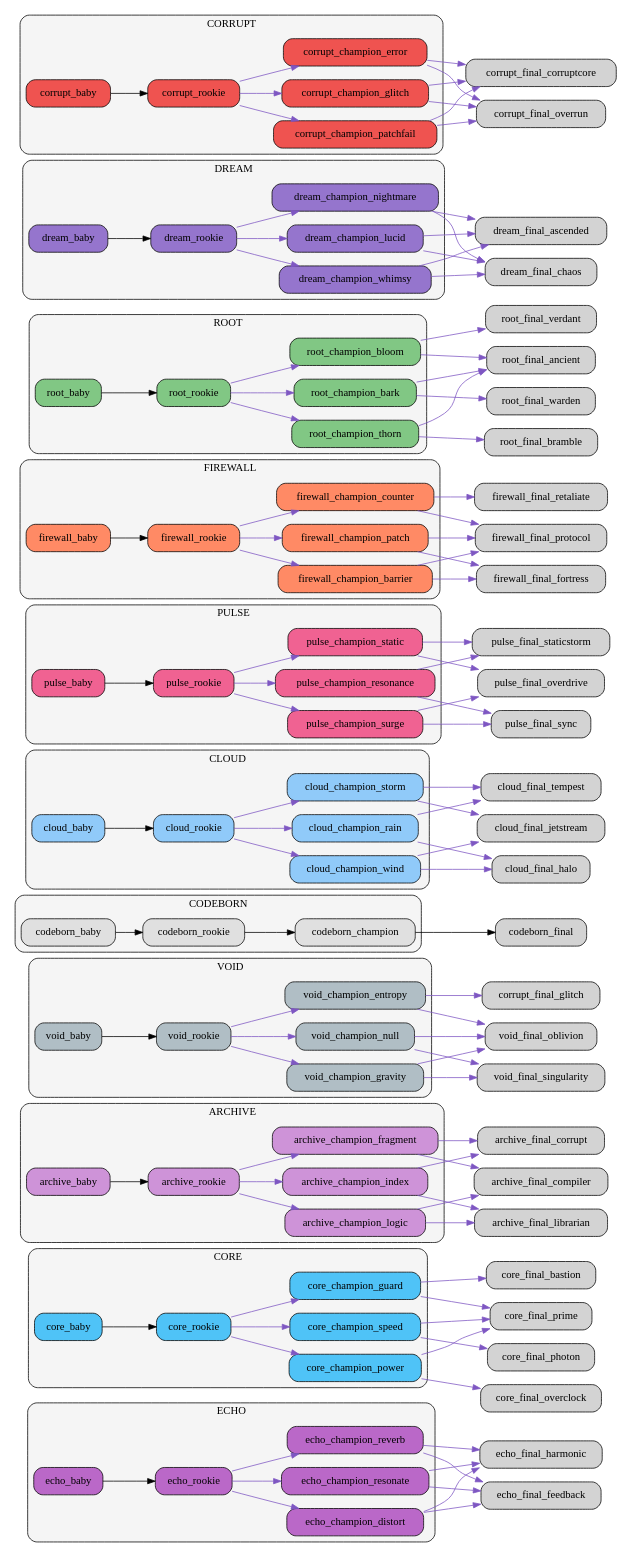
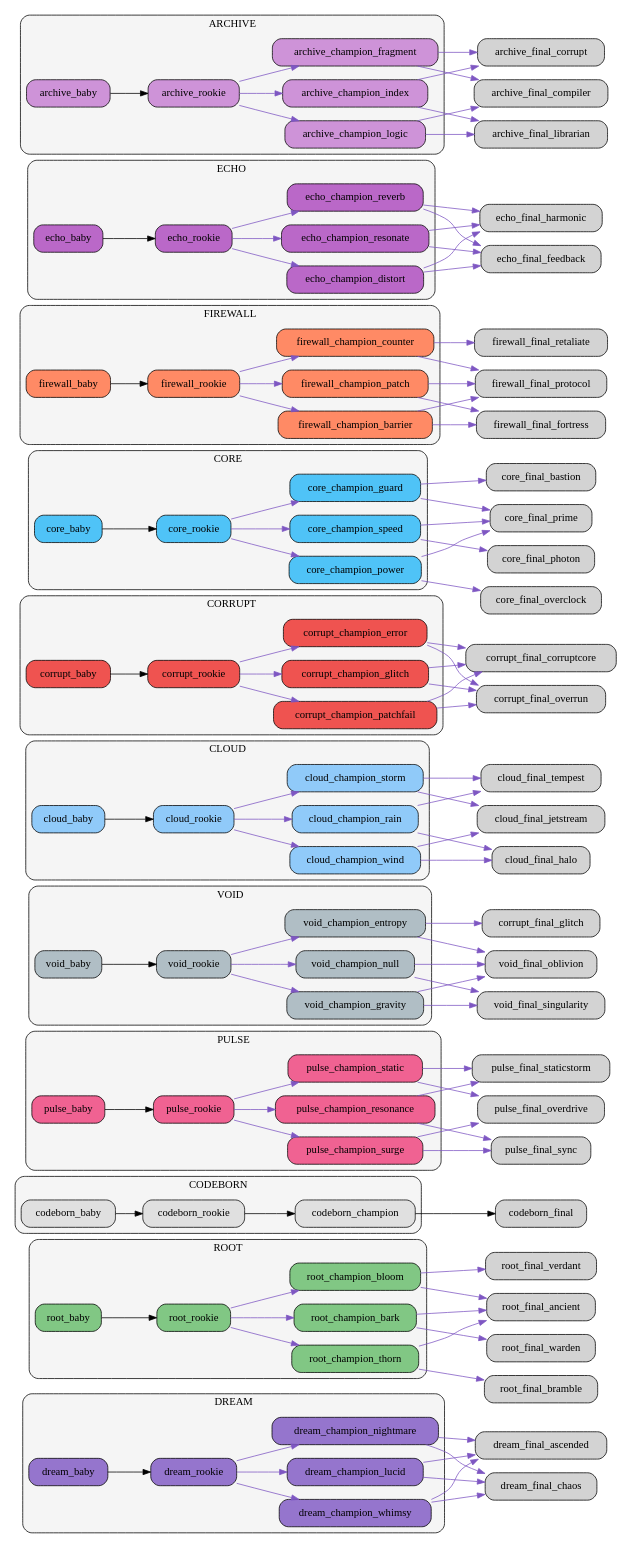
The diagram in src/netgrid/systems/evolution/graphs/clusters/evolution_clusters.dot (bwlight/NetGrid), drawn with Graphviz before and after one commit. The commit also changed other lines of this file and 8 other files, not shown here.

Commit message:
Auto-update evolution graphs

```diff
--- a/src/netgrid/systems/evolution/graphs/clusters/evolution_clusters.dot
+++ b/src/netgrid/systems/evolution/graphs/clusters/evolution_clusters.dot
@@ -1,14 +1,66 @@
 digraph EvolutionTree {
   rankdir=LR;
   node [shape=box, style="rounded,filled"];
-  subgraph cluster_echo {
-    label="ECHO";
+  subgraph cluster_dream {
+    label="DREAM";
     style="rounded,filled"; fillcolor="#f5f5f5";
-    "echo_baby" [fillcolor="#ba68c8"];
-    "echo_rookie" [fillcolor="#ba68c8"];
-    "echo_champion_resonate" [fillcolor="#ba68c8"];
-    "echo_champion_reverb" [fillcolor="#ba68c8"];
-    "echo_champion_distort" [fillcolor="#ba68c8"];
+    "dream_baby" [fillcolor="#9575cd"];
+    "dream_rookie" [fillcolor="#9575cd"];
+    "dream_champion_lucid" [fillcolor="#9575cd"];
+    "dream_champion_nightmare" [fillcolor="#9575cd"];
+    "dream_champion_whimsy" [fillcolor="#9575cd"];
+  }
+  subgraph cluster_root {
+    label="ROOT";
+    style="rounded,filled"; fillcolor="#f5f5f5";
+    "root_baby" [fillcolor="#81c784"];
+    "root_rookie" [fillcolor="#81c784"];
+    "root_champion_thorn" [fillcolor="#81c784"];
+    "root_champion_bloom" [fillcolor="#81c784"];
+    "root_champion_bark" [fillcolor="#81c784"];
+  }
+  subgraph cluster_codeborn {
+    label="CODEBORN";
+    style="rounded,filled"; fillcolor="#f5f5f5";
+    "codeborn_baby" [fillcolor="#e0e0e0"];
+    "codeborn_rookie" [fillcolor="#e0e0e0"];
+    "codeborn_champion" [fillcolor="#e0e0e0"];
+  }
+  subgraph cluster_pulse {
+    label="PULSE";
+    style="rounded,filled"; fillcolor="#f5f5f5";
+    "pulse_baby" [fillcolor="#f06292"];
+    "pulse_rookie" [fillcolor="#f06292"];
+    "pulse_champion_surge" [fillcolor="#f06292"];
+    "pulse_champion_resonance" [fillcolor="#f06292"];
+    "pulse_champion_static" [fillcolor="#f06292"];
+  }
+  subgraph cluster_void {
+    label="VOID";
+    style="rounded,filled"; fillcolor="#f5f5f5";
+    "void_baby" [fillcolor="#b0bec5"];
+    "void_rookie" [fillcolor="#b0bec5"];
+    "void_champion_entropy" [fillcolor="#b0bec5"];
+    "void_champion_gravity" [fillcolor="#b0bec5"];
+    "void_champion_null" [fillcolor="#b0bec5"];
+  }
+  subgraph cluster_cloud {
+    label="CLOUD";
+    style="rounded,filled"; fillcolor="#f5f5f5";
+    "cloud_baby" [fillcolor="#90caf9"];
+    "cloud_rookie" [fillcolor="#90caf9"];
+    "cloud_champion_wind" [fillcolor="#90caf9"];
+    "cloud_champion_rain" [fillcolor="#90caf9"];
+    "cloud_champion_storm" [fillcolor="#90caf9"];
+  }
+  subgraph cluster_corrupt {
+    label="CORRUPT";
+    style="rounded,filled"; fillcolor="#f5f5f5";
+    "corrupt_baby" [fillcolor="#ef5350"];
+    "corrupt_rookie" [fillcolor="#ef5350"];
+    "corrupt_champion_glitch" [fillcolor="#ef5350"];
+    "corrupt_champion_error" [fillcolor="#ef5350"];
+    "corrupt_champion_patchfail" [fillcolor="#ef5350"];
   }
   subgraph cluster_core {
     label="CORE";
@@ -19,6 +71,24 @@
     "core_champion_guard" [fillcolor="#4fc3f7"];
     "core_champion_speed" [fillcolor="#4fc3f7"];
   }
+  subgraph cluster_firewall {
+    label="FIREWALL";
+    style="rounded,filled"; fillcolor="#f5f5f5";
+    "firewall_baby" [fillcolor="#ff8a65"];
+    "firewall_rookie" [fillcolor="#ff8a65"];
+    "firewall_champion_barrier" [fillcolor="#ff8a65"];
+    "firewall_champion_counter" [fillcolor="#ff8a65"];
+    "firewall_champion_patch" [fillcolor="#ff8a65"];
+  }
+  subgraph cluster_echo {
+    label="ECHO";
+    style="rounded,filled"; fillcolor="#f5f5f5";
+    "echo_baby" [fillcolor="#ba68c8"];
+    "echo_rookie" [fillcolor="#ba68c8"];
+    "echo_champion_resonate" [fillcolor="#ba68c8"];
+    "echo_champion_reverb" [fillcolor="#ba68c8"];
+    "echo_champion_distort" [fillcolor="#ba68c8"];
+  }
   subgraph cluster_archive {
     label="ARCHIVE";
     style="rounded,filled"; fillcolor="#f5f5f5";
@@ -28,76 +98,89 @@
     "archive_champion_index" [fillcolor="#ce93d8"];
     "archive_champion_fragment" [fillcolor="#ce93d8"];
   }
-  subgraph cluster_void {
-    label="VOID";
-    style="rounded,filled"; fillcolor="#f5f5f5";
-    "void_baby" [fillcolor="#b0bec5"];
-    "void_rookie" [fillcolor="#b0bec5"];
-    "void_champion_entropy" [fillcolor="#b0bec5"];
-    "void_champion_gravity" [fillcolor="#b0bec5"];
-    "void_champion_null" [fillcolor="#b0bec5"];
-  }
-  subgraph cluster_codeborn {
-    label="CODEBORN";
-    style="rounded,filled"; fillcolor="#f5f5f5";
-    "codeborn_baby" [fillcolor="#e0e0e0"];
-    "codeborn_rookie" [fillcolor="#e0e0e0"];
-    "codeborn_champion" [fillcolor="#e0e0e0"];
-  }
-  subgraph cluster_cloud {
-    label="CLOUD";
-    style="rounded,filled"; fillcolor="#f5f5f5";
-    "cloud_baby" [fillcolor="#90caf9"];
-    "cloud_rookie" [fillcolor="#90caf9"];
-    "cloud_champion_wind" [fillcolor="#90caf9"];
-    "cloud_champion_rain" [fillcolor="#90caf9"];
-    "cloud_champion_storm" [fillcolor="#90caf9"];
-  }
-  subgraph cluster_pulse {
-    label="PULSE";
-    style="rounded,filled"; fillcolor="#f5f5f5";
-    "pulse_baby" [fillcolor="#f06292"];
-    "pulse_rookie" [fillcolor="#f06292"];
-    "pulse_champion_surge" [fillcolor="#f06292"];
-    "pulse_champion_resonance" [fillcolor="#f06292"];
-    "pulse_champion_static" [fillcolor="#f06292"];
-  }
-  subgraph cluster_firewall {
-    label="FIREWALL";
-    style="rounded,filled"; fillcolor="#f5f5f5";
-    "firewall_baby" [fillcolor="#ff8a65"];
-    "firewall_rookie" [fillcolor="#ff8a65"];
-    "firewall_champion_barrier" [fillcolor="#ff8a65"];
-    "firewall_champion_counter" [fillcolor="#ff8a65"];
-    "firewall_champion_patch" [fillcolor="#ff8a65"];
-  }
-  subgraph cluster_root {
-    label="ROOT";
-    style="rounded,filled"; fillcolor="#f5f5f5";
-    "root_baby" [fillcolor="#81c784"];
-    "root_rookie" [fillcolor="#81c784"];
-    "root_champion_thorn" [fillcolor="#81c784"];
-    "root_champion_bloom" [fillcolor="#81c784"];
-    "root_champion_bark" [fillcolor="#81c784"];
-  }
-  subgraph cluster_dream {
-    label="DREAM";
-    style="rounded,filled"; fillcolor="#f5f5f5";
-    "dream_baby" [fillcolor="#9575cd"];
-    "dream_rookie" [fillcolor="#9575cd"];
-    "dream_champion_lucid" [fillcolor="#9575cd"];
-    "dream_champion_nightmare" [fillcolor="#9575cd"];
-    "dream_champion_whimsy" [fillcolor="#9575cd"];
-  }
-  subgraph cluster_corrupt {
-    label="CORRUPT";
-    style="rounded,filled"; fillcolor="#f5f5f5";
-    "corrupt_baby" [fillcolor="#ef5350"];
-    "corrupt_rookie" [fillcolor="#ef5350"];
-    "corrupt_champion_glitch" [fillcolor="#ef5350"];
-    "corrupt_champion_error" [fillcolor="#ef5350"];
-    "corrupt_champion_patchfail" [fillcolor="#ef5350"];
-  }
+  "dream_baby" -> "dream_rookie";
+  "dream_rookie" -> "dream_champion_lucid" [color="#7e57c2"];
+  "dream_rookie" -> "dream_champion_nightmare" [color="#7e57c2"];
+  "dream_rookie" -> "dream_champion_whimsy" [color="#7e57c2"];
+  "dream_champion_lucid" -> "dream_final_ascended" [color="#7e57c2"];
+  "dream_champion_lucid" -> "dream_final_chaos" [color="#7e57c2"];
+  "dream_champion_nightmare" -> "dream_final_chaos" [color="#7e57c2"];
+  "dream_champion_nightmare" -> "dream_final_ascended" [color="#7e57c2"];
+  "dream_champion_whimsy" -> "dream_final_ascended" [color="#7e57c2"];
+  "dream_champion_whimsy" -> "dream_final_chaos" [color="#7e57c2"];
+  "root_baby" -> "root_rookie";
+  "root_rookie" -> "root_champion_thorn" [color="#7e57c2"];
+  "root_rookie" -> "root_champion_bloom" [color="#7e57c2"];
+  "root_rookie" -> "root_champion_bark" [color="#7e57c2"];
+  "root_champion_thorn" -> "root_final_bramble" [color="#7e57c2"];
+  "root_champion_thorn" -> "root_final_ancient" [color="#7e57c2"];
+  "root_champion_bloom" -> "root_final_ancient" [color="#7e57c2"];
+  "root_champion_bloom" -> "root_final_verdant" [color="#7e57c2"];
+  "root_champion_bark" -> "root_final_warden" [color="#7e57c2"];
+  "root_champion_bark" -> "root_final_ancient" [color="#7e57c2"];
+  "codeborn_baby" -> "codeborn_rookie";
+  "codeborn_rookie" -> "codeborn_champion";
+  "codeborn_champion" -> "codeborn_final";
+  "pulse_baby" -> "pulse_rookie";
+  "pulse_rookie" -> "pulse_champion_surge" [color="#7e57c2"];
+  "pulse_rookie" -> "pulse_champion_resonance" [color="#7e57c2"];
+  "pulse_rookie" -> "pulse_champion_static" [color="#7e57c2"];
+  "pulse_champion_surge" -> "pulse_final_overdrive" [color="#7e57c2"];
+  "pulse_champion_surge" -> "pulse_final_sync" [color="#7e57c2"];
+  "pulse_champion_resonance" -> "pulse_final_sync" [color="#7e57c2"];
+  "pulse_champion_resonance" -> "pulse_final_staticstorm" [color="#7e57c2"];
+  "pulse_champion_static" -> "pulse_final_staticstorm" [color="#7e57c2"];
+  "pulse_champion_static" -> "pulse_final_overdrive" [color="#7e57c2"];
+  "void_baby" -> "void_rookie";
+  "void_rookie" -> "void_champion_entropy" [color="#7e57c2"];
+  "void_rookie" -> "void_champion_gravity" [color="#7e57c2"];
+  "void_rookie" -> "void_champion_null" [color="#7e57c2"];
+  "void_champion_entropy" -> "corrupt_final_glitch" [color="#7e57c2"];
+  "void_champion_entropy" -> "void_final_oblivion" [color="#7e57c2"];
+  "void_champion_gravity" -> "void_final_singularity" [color="#7e57c2"];
+  "void_champion_gravity" -> "void_final_oblivion" [color="#7e57c2"];
+  "void_champion_null" -> "void_final_oblivion" [color="#7e57c2"];
+  "void_champion_null" -> "void_final_singularity" [color="#7e57c2"];
+  "cloud_baby" -> "cloud_rookie";
+  "cloud_rookie" -> "cloud_champion_wind" [color="#7e57c2"];
+  "cloud_rookie" -> "cloud_champion_rain" [color="#7e57c2"];
+  "cloud_rookie" -> "cloud_champion_storm" [color="#7e57c2"];
+  "cloud_champion_wind" -> "cloud_final_jetstream" [color="#7e57c2"];
+  "cloud_champion_wind" -> "cloud_final_halo" [color="#7e57c2"];
+  "cloud_champion_rain" -> "cloud_final_halo" [color="#7e57c2"];
+  "cloud_champion_rain" -> "cloud_final_tempest" [color="#7e57c2"];
+  "cloud_champion_storm" -> "cloud_final_tempest" [color="#7e57c2"];
+  "cloud_champion_storm" -> "cloud_final_jetstream" [color="#7e57c2"];
+  "corrupt_baby" -> "corrupt_rookie";
+  "corrupt_rookie" -> "corrupt_champion_glitch" [color="#7e57c2"];
+  "corrupt_rookie" -> "corrupt_champion_error" [color="#7e57c2"];
+  "corrupt_rookie" -> "corrupt_champion_patchfail" [color="#7e57c2"];
+  "corrupt_champion_glitch" -> "corrupt_final_corruptcore" [color="#7e57c2"];
+  "corrupt_champion_glitch" -> "corrupt_final_overrun" [color="#7e57c2"];
+  "corrupt_champion_error" -> "corrupt_final_overrun" [color="#7e57c2"];
+  "corrupt_champion_error" -> "corrupt_final_corruptcore" [color="#7e57c2"];
+  "corrupt_champion_patchfail" -> "corrupt_final_corruptcore" [color="#7e57c2"];
+  "corrupt_champion_patchfail" -> "corrupt_final_overrun" [color="#7e57c2"];
+  "core_baby" -> "core_rookie";
+  "core_rookie" -> "core_champion_power" [color="#7e57c2"];
+  "core_rookie" -> "core_champion_guard" [color="#7e57c2"];
+  "core_rookie" -> "core_champion_speed" [color="#7e57c2"];
+  "core_champion_power" -> "core_final_overclock" [color="#7e57c2"];
+  "core_champion_power" -> "core_final_prime" [color="#7e57c2"];
+  "core_champion_guard" -> "core_final_bastion" [color="#7e57c2"];
+  "core_champion_guard" -> "core_final_prime" [color="#7e57c2"];
+  "core_champion_speed" -> "core_final_photon" [color="#7e57c2"];
+  "core_champion_speed" -> "core_final_prime" [color="#7e57c2"];
+  "firewall_baby" -> "firewall_rookie";
+  "firewall_rookie" -> "firewall_champion_barrier" [color="#7e57c2"];
+  "firewall_rookie" -> "firewall_champion_counter" [color="#7e57c2"];
+  "firewall_rookie" -> "firewall_champion_patch" [color="#7e57c2"];
+  "firewall_champion_barrier" -> "firewall_final_fortress" [color="#7e57c2"];
+  "firewall_champion_barrier" -> "firewall_final_protocol" [color="#7e57c2"];
+  "firewall_champion_counter" -> "firewall_final_retaliate" [color="#7e57c2"];
+  "firewall_champion_counter" -> "firewall_final_protocol" [color="#7e57c2"];
+  "firewall_champion_patch" -> "firewall_final_protocol" [color="#7e57c2"];
+  "firewall_champion_patch" -> "firewall_final_fortress" [color="#7e57c2"];
   "echo_baby" -> "echo_rookie";
   "echo_rookie" -> "echo_champion_resonate" [color="#7e57c2"];
   "echo_rookie" -> "echo_champion_reverb" [color="#7e57c2"];
@@ -108,16 +191,6 @@
   "echo_champion_reverb" -> "echo_final_harmonic" [color="#7e57c2"];
   "echo_champion_distort" -> "echo_final_feedback" [color="#7e57c2"];
   "echo_champion_distort" -> "echo_final_harmonic" [color="#7e57c2"];
-  "core_baby" -> "core_rookie";
-  "core_rookie" -> "core_champion_power" [color="#7e57c2"];
-  "core_rookie" -> "core_champion_guard" [color="#7e57c2"];
-  "core_rookie" -> "core_champion_speed" [color="#7e57c2"];
-  "core_champion_power" -> "core_final_overclock" [color="#7e57c2"];
-  "core_champion_power" -> "core_final_prime" [color="#7e57c2"];
-  "core_champion_guard" -> "core_final_bastion" [color="#7e57c2"];
-  "core_champion_guard" -> "core_final_prime" [color="#7e57c2"];
-  "core_champion_speed" -> "core_final_photon" [color="#7e57c2"];
-  "core_champion_speed" -> "core_final_prime" [color="#7e57c2"];
   "archive_baby" -> "archive_rookie";
   "archive_rookie" -> "archive_champion_logic" [color="#7e57c2"];
   "archive_rookie" -> "archive_champion_index" [color="#7e57c2"];
@@ -128,77 +201,4 @@
   "archive_champion_index" -> "archive_final_corrupt" [color="#7e57c2"];
   "archive_champion_fragment" -> "archive_final_corrupt" [color="#7e57c2"];
   "archive_champion_fragment" -> "archive_final_compiler" [color="#7e57c2"];
-  "void_baby" -> "void_rookie";
-  "void_rookie" -> "void_champion_entropy" [color="#7e57c2"];
-  "void_rookie" -> "void_champion_gravity" [color="#7e57c2"];
-  "void_rookie" -> "void_champion_null" [color="#7e57c2"];
-  "void_champion_entropy" -> "corrupt_final_glitch" [color="#7e57c2"];
-  "void_champion_entropy" -> "void_final_oblivion" [color="#7e57c2"];
-  "void_champion_gravity" -> "void_final_singularity" [color="#7e57c2"];
-  "void_champion_gravity" -> "void_final_oblivion" [color="#7e57c2"];
-  "void_champion_null" -> "void_final_oblivion" [color="#7e57c2"];
-  "void_champion_null" -> "void_final_singularity" [color="#7e57c2"];
-  "codeborn_baby" -> "codeborn_rookie";
-  "codeborn_rookie" -> "codeborn_champion";
-  "codeborn_champion" -> "codeborn_final";
-  "cloud_baby" -> "cloud_rookie";
-  "cloud_rookie" -> "cloud_champion_wind" [color="#7e57c2"];
-  "cloud_rookie" -> "cloud_champion_rain" [color="#7e57c2"];
-  "cloud_rookie" -> "cloud_champion_storm" [color="#7e57c2"];
-  "cloud_champion_wind" -> "cloud_final_jetstream" [color="#7e57c2"];
-  "cloud_champion_wind" -> "cloud_final_halo" [color="#7e57c2"];
-  "cloud_champion_rain" -> "cloud_final_halo" [color="#7e57c2"];
-  "cloud_champion_rain" -> "cloud_final_tempest" [color="#7e57c2"];
-  "cloud_champion_storm" -> "cloud_final_tempest" [color="#7e57c2"];
-  "cloud_champion_storm" -> "cloud_final_jetstream" [color="#7e57c2"];
-  "pulse_baby" -> "pulse_rookie";
-  "pulse_rookie" -> "pulse_champion_surge" [color="#7e57c2"];
-  "pulse_rookie" -> "pulse_champion_resonance" [color="#7e57c2"];
-  "pulse_rookie" -> "pulse_champion_static" [color="#7e57c2"];
-  "pulse_champion_surge" -> "pulse_final_overdrive" [color="#7e57c2"];
-  "pulse_champion_surge" -> "pulse_final_sync" [color="#7e57c2"];
-  "pulse_champion_resonance" -> "pulse_final_sync" [color="#7e57c2"];
-  "pulse_champion_resonance" -> "pulse_final_staticstorm" [color="#7e57c2"];
-  "pulse_champion_static" -> "pulse_final_staticstorm" [color="#7e57c2"];
-  "pulse_champion_static" -> "pulse_final_overdrive" [color="#7e57c2"];
-  "firewall_baby" -> "firewall_rookie";
-  "firewall_rookie" -> "firewall_champion_barrier" [color="#7e57c2"];
-  "firewall_rookie" -> "firewall_champion_counter" [color="#7e57c2"];
-  "firewall_rookie" -> "firewall_champion_patch" [color="#7e57c2"];
-  "firewall_champion_barrier" -> "firewall_final_fortress" [color="#7e57c2"];
-  "firewall_champion_barrier" -> "firewall_final_protocol" [color="#7e57c2"];
-  "firewall_champion_counter" -> "firewall_final_retaliate" [color="#7e57c2"];
-  "firewall_champion_counter" -> "firewall_final_protocol" [color="#7e57c2"];
-  "firewall_champion_patch" -> "firewall_final_protocol" [color="#7e57c2"];
-  "firewall_champion_patch" -> "firewall_final_fortress" [color="#7e57c2"];
-  "root_baby" -> "root_rookie";
-  "root_rookie" -> "root_champion_thorn" [color="#7e57c2"];
-  "root_rookie" -> "root_champion_bloom" [color="#7e57c2"];
-  "root_rookie" -> "root_champion_bark" [color="#7e57c2"];
-  "root_champion_thorn" -> "root_final_bramble" [color="#7e57c2"];
-  "root_champion_thorn" -> "root_final_ancient" [color="#7e57c2"];
-  "root_champion_bloom" -> "root_final_ancient" [color="#7e57c2"];
-  "root_champion_bloom" -> "root_final_verdant" [color="#7e57c2"];
-  "root_champion_bark" -> "root_final_warden" [color="#7e57c2"];
-  "root_champion_bark" -> "root_final_ancient" [color="#7e57c2"];
-  "dream_baby" -> "dream_rookie";
-  "dream_rookie" -> "dream_champion_lucid" [color="#7e57c2"];
-  "dream_rookie" -> "dream_champion_nightmare" [color="#7e57c2"];
-  "dream_rookie" -> "dream_champion_whimsy" [color="#7e57c2"];
-  "dream_champion_lucid" -> "dream_final_ascended" [color="#7e57c2"];
-  "dream_champion_lucid" -> "dream_final_chaos" [color="#7e57c2"];
-  "dream_champion_nightmare" -> "dream_final_chaos" [color="#7e57c2"];
-  "dream_champion_nightmare" -> "dream_final_ascended" [color="#7e57c2"];
-  "dream_champion_whimsy" -> "dream_final_ascended" [color="#7e57c2"];
-  "dream_champion_whimsy" -> "dream_final_chaos" [color="#7e57c2"];
-  "corrupt_baby" -> "corrupt_rookie";
-  "corrupt_rookie" -> "corrupt_champion_glitch" [color="#7e57c2"];
-  "corrupt_rookie" -> "corrupt_champion_error" [color="#7e57c2"];
-  "corrupt_rookie" -> "corrupt_champion_patchfail" [color="#7e57c2"];
-  "corrupt_champion_glitch" -> "corrupt_final_corruptcore" [color="#7e57c2"];
-  "corrupt_champion_glitch" -> "corrupt_final_overrun" [color="#7e57c2"];
-  "corrupt_champion_error" -> "corrupt_final_overrun" [color="#7e57c2"];
-  "corrupt_champion_error" -> "corrupt_final_corruptcore" [color="#7e57c2"];
-  "corrupt_champion_patchfail" -> "corrupt_final_corruptcore" [color="#7e57c2"];
-  "corrupt_champion_patchfail" -> "corrupt_final_overrun" [color="#7e57c2"];
 }
```
